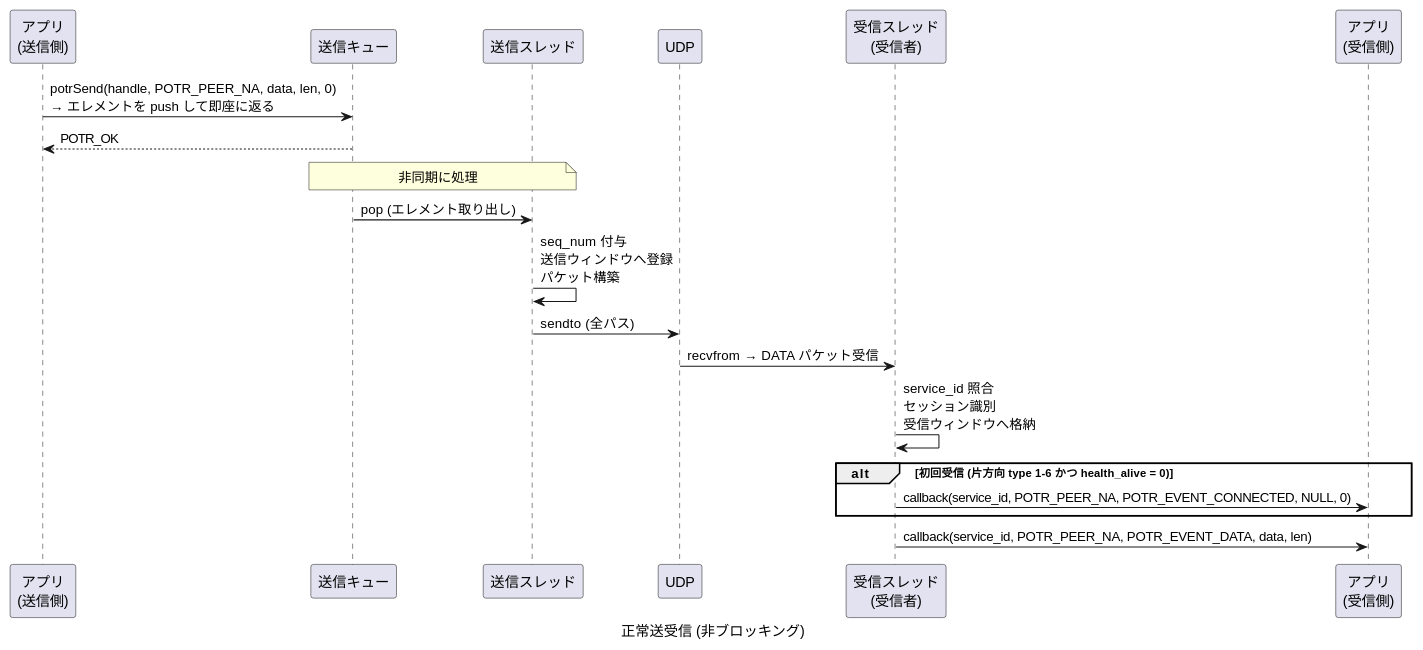
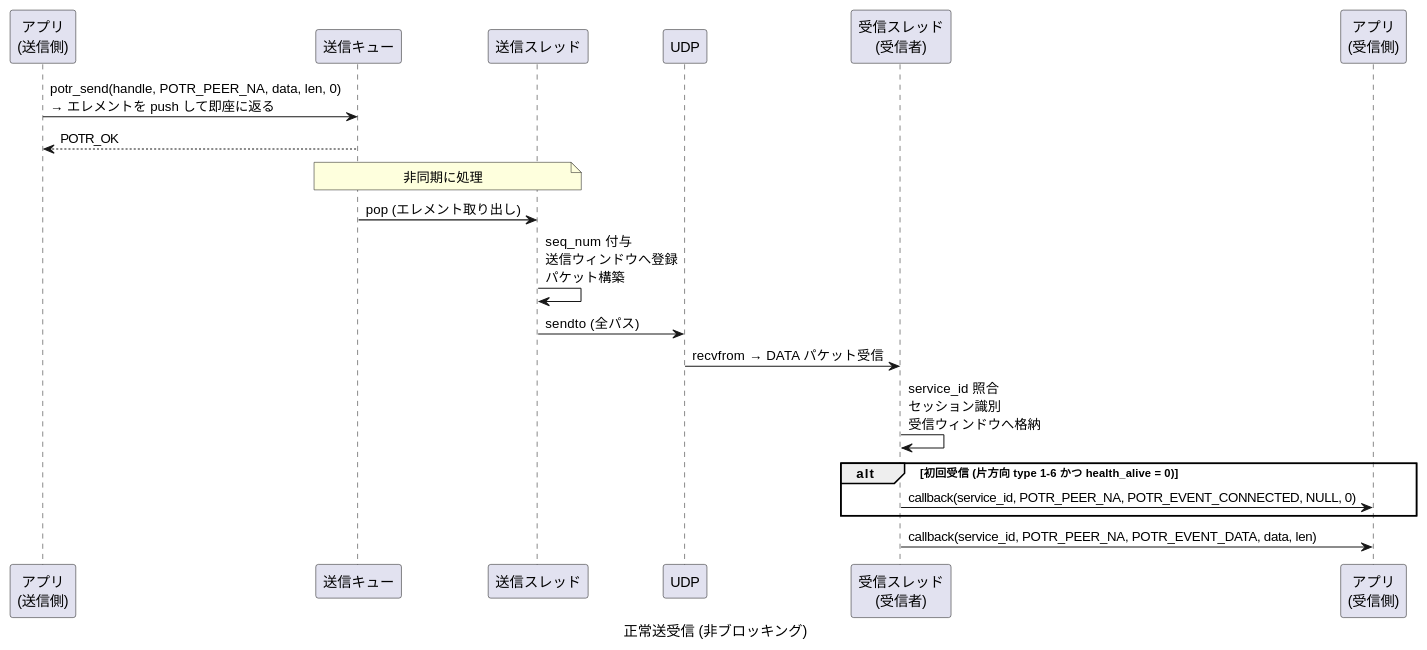
One commit to Hondarer/app_porter changed the third of 30 diagrams in docs/sequence.md. Above: the diagram before and after it, drawn with PlantUML. The commit also changed other lines of this file and 148 other files, not shown here.

````diff
--- a/docs/sequence.md
+++ b/docs/sequence.md
@@ -81,31 +81,31 @@
 ```plantuml
 @startuml 正常送受信 (非ブロッキング)
 caption 正常送受信 (非ブロッキング)
 
 participant "アプリ\n(送信側)" as SAPP
 participant "送信キュー" as Q
 participant "送信スレッド" as ST
 participant "UDP" as UDP
 participant "受信スレッド\n(受信者)" as RRT
 participant "アプリ\n(受信側)" as RAPP
 
-SAPP -> Q: potrSend(handle, POTR_PEER_NA, data, len, 0)\n→ エレメントを push して即座に返る
+SAPP -> Q: potr_send(handle, POTR_PEER_NA, data, len, 0)\n→ エレメントを push して即座に返る
 SAPP <-- Q: POTR_OK
 
 note over Q, ST: 非同期に処理
 
 Q -> ST: pop (エレメント取り出し)
 ST -> ST: seq_num 付与\n送信ウィンドウへ登録\nパケット構築
 ST -> UDP: sendto (全パス)
 
 UDP -> RRT: recvfrom → DATA パケット受信
 RRT -> RRT: service_id 照合\nセッション識別\n受信ウィンドウへ格納
 
 alt 初回受信 (片方向 type 1-6 かつ health_alive = 0)
   RRT -> RAPP: callback(service_id, POTR_PEER_NA, POTR_EVENT_CONNECTED, NULL, 0)
 end
 
 RRT -> RAPP: callback(service_id, POTR_PEER_NA, POTR_EVENT_DATA, data, len)
 
 @enduml
 ```
````
